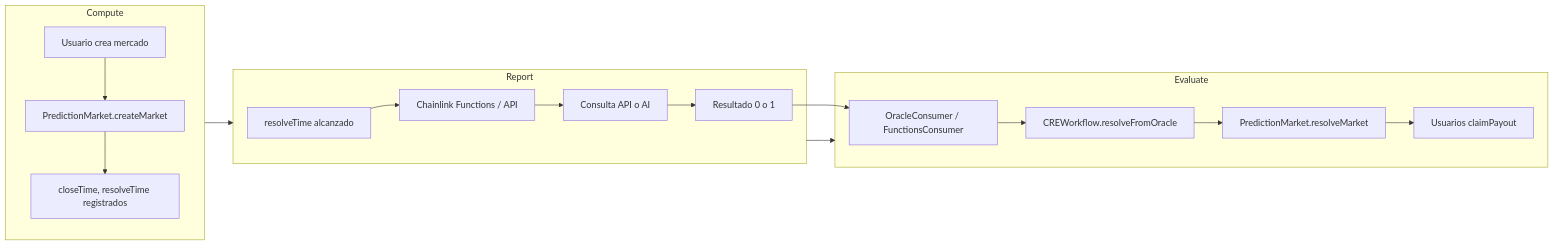
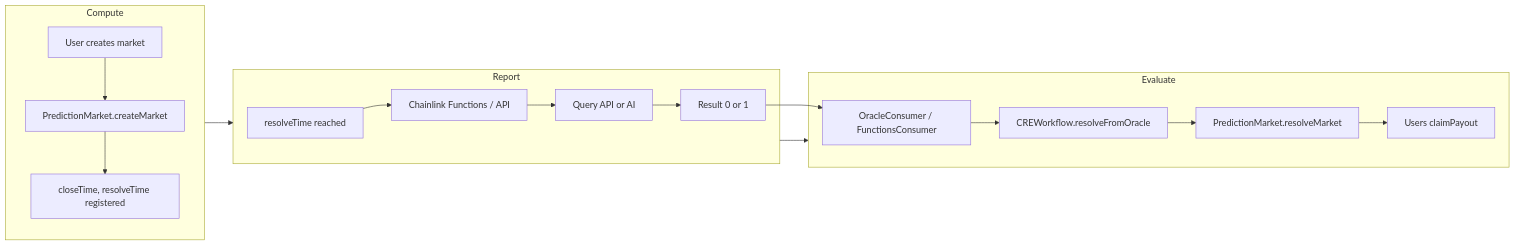
One commit to Quantumquirkz/PraesagiumChain changed the third of 5 diagrams in docs/architecture-and-design.md. Above: the diagram before and after it, drawn with Mermaid. The commit also changed other lines of this file and 5 other files, not shown here.

````diff
--- a/docs/architecture-and-design.md
+++ b/docs/architecture-and-design.md
@@ -103,19 +115,19 @@
 ```mermaid
 flowchart LR
     subgraph Compute["Compute"]
-        A[Usuario crea mercado] --> B[PredictionMarket.createMarket]
-        B --> C[closeTime, resolveTime registrados]
+        A[User creates market] --> B[PredictionMarket.createMarket]
+        B --> C[closeTime, resolveTime registered]
     end
     subgraph Report["Report"]
-        D[resolveTime alcanzado] --> E[Chainlink Functions / API]
-        E --> F[Consulta API o AI]
-        F --> G[Resultado 0 o 1]
+        D[resolveTime reached] --> E[Chainlink Functions / API]
+        E --> F[Query API or AI]
+        F --> G[Result 0 or 1]
     end
     subgraph Evaluate["Evaluate"]
         G --> H[OracleConsumer / FunctionsConsumer]
         H --> I[CREWorkflow.resolveFromOracle]
         I --> J[PredictionMarket.resolveMarket]
-        J --> K[Usuarios claimPayout]
+        J --> K[Users claimPayout]
     end
     Compute --> Report --> Evaluate
 ```
````
